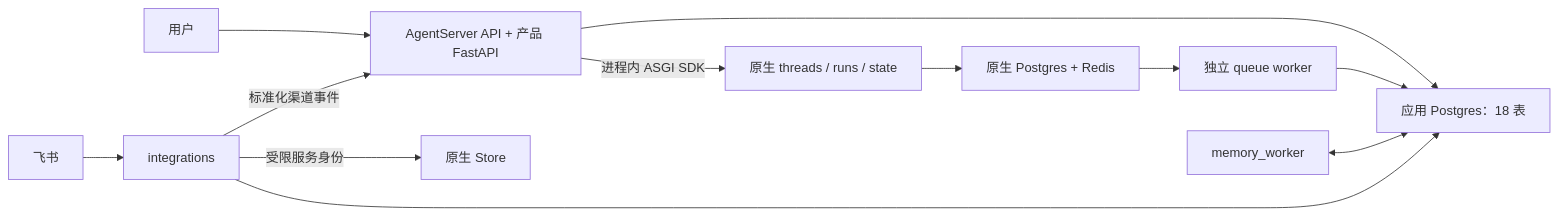
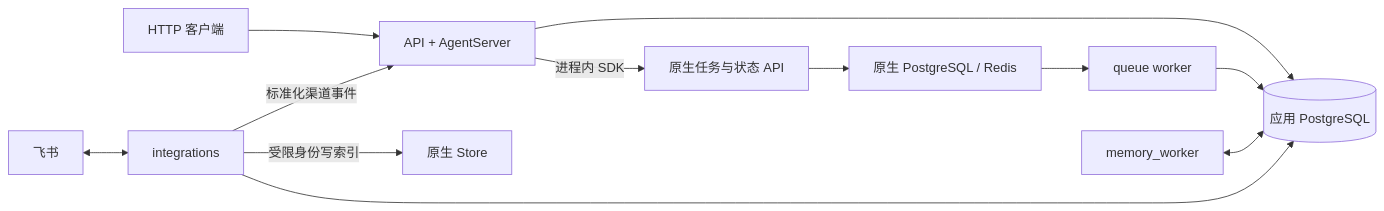
One commit to westbrook0904/FinanceClaw changed the diagram in docs/architecture/package-layout.md. Above: the diagram before and after it, drawn with Mermaid. The commit also changed other lines of this file and 39 other files, not shown here.

````diff
--- a/docs/architecture/package-layout.md
+++ b/docs/architecture/package-layout.md
@@ -49,14 +18,14 @@
 ```mermaid
 flowchart LR
-  User[用户] --> API[AgentServer API + 产品 FastAPI]
-  Feishu[飞书] --> Integrations[integrations]
-  Integrations -->|标准化渠道事件| API
-  API -->|进程内 ASGI SDK| Native[原生 threads / runs / state]
-  Native --> Queue[原生 Postgres + Redis]
-  Queue --> Worker[独立 queue worker]
-  API --> AppDB[应用 Postgres：18 表]
-  Worker --> AppDB
-  MemoryWorker[memory_worker] <--> AppDB
-  Integrations --> AppDB
-  Integrations -->|受限服务身份| Store[原生 Store]
+    User[HTTP 客户端] --> API[API + AgentServer]
+    Feishu[飞书] <--> Integrations[integrations]
+    Integrations -->|标准化渠道事件| API
+    API -->|进程内 SDK| Native[原生任务与状态 API]
+    Native --> Queue[原生 PostgreSQL / Redis]
+    Queue --> Worker[queue worker]
+    API --> AppDB[(应用 PostgreSQL)]
+    Worker --> AppDB
+    Memory[memory_worker] <--> AppDB
+    Integrations --> AppDB
+    Integrations -->|受限身份写索引| Store[原生 Store]
 ```
````
